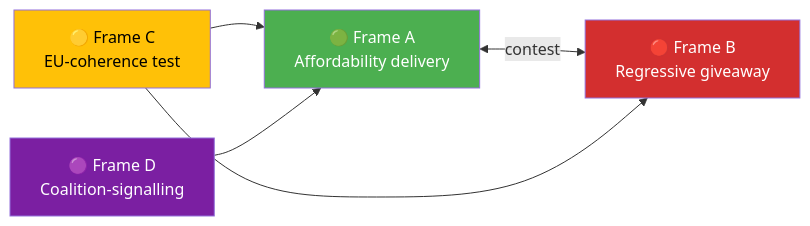
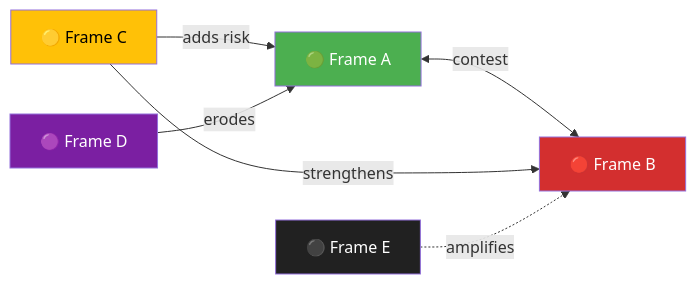
One commit to Hack23/riksdagsmonitor changed the fourth of 4 diagrams in analysis/templates/media-framing-analysis.md. Above: the diagram before and after it, drawn with Mermaid. The commit also changed other lines of this file and 9 other files, not shown here.

````diff
--- a/analysis/templates/media-framing-analysis.md
+++ b/analysis/templates/media-framing-analysis.md
@@ -125,12 +313,14 @@
 ```mermaid
 flowchart LR
-    A["🟢 Frame A<br/>Affordability delivery"] <-->|"contest"| B["🔴 Frame B<br/>Regressive giveaway"]
-    C["🟡 Frame C<br/>EU-coherence test"] --> A
-    C --> B
-    D["🟣 Frame D<br/>Coalition-signalling"] --> A
+    A["🟢 Frame A"] <-->|"contest"| B["🔴 Frame B"]
+    C["🟡 Frame C"] -->|"adds risk"| A
+    C -->|"strengthens"| B
+    D["🟣 Frame D"] -->|"erodes"| A
+    E["⚫ Frame E"] -.amplifies.-> B
 
     style A fill:#4CAF50,color:#FFFFFF
     style B fill:#D32F2F,color:#FFFFFF
     style C fill:#FFC107,color:#000000
     style D fill:#7B1FA2,color:#FFFFFF
+    style E fill:#212121,color:#FFFFFF
 ```
````
